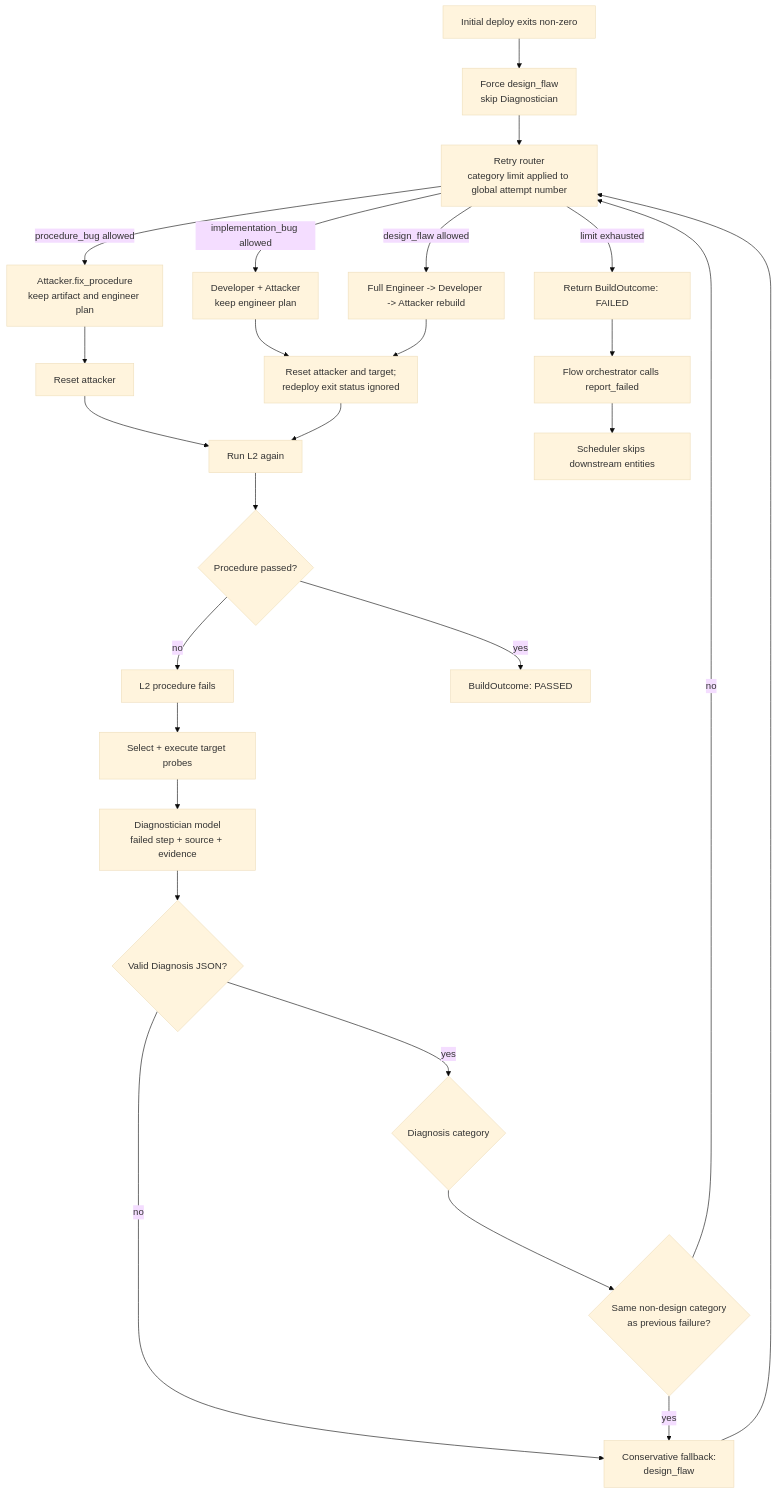
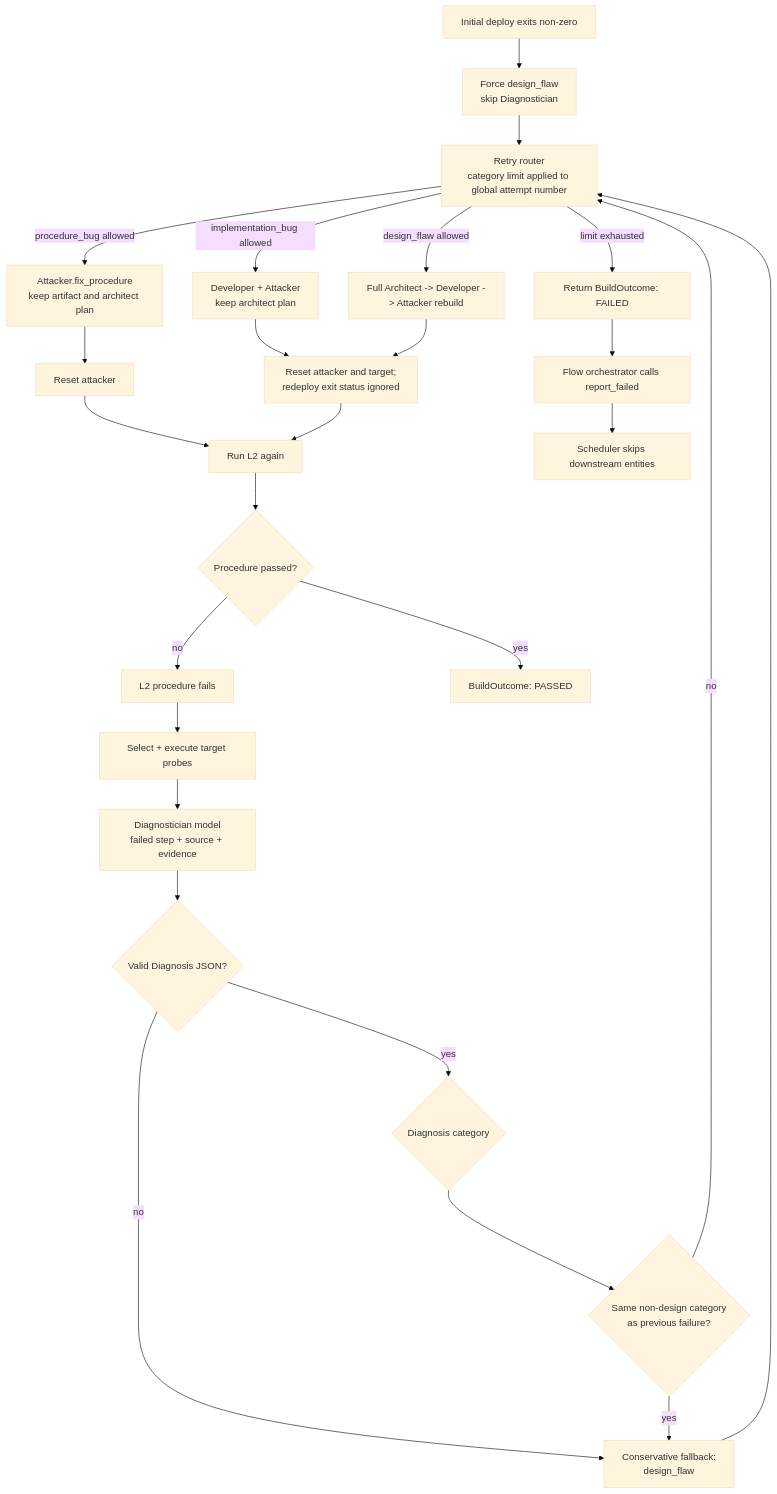
Before and after one commit to Akshay-Rohatgi/GameOfEverything: the eighth of 12 diagrams in docs/architecture/v2_code_architecture.md, drawn with Mermaid (base theme). The commit also changed other lines of this file and 34 other files, not shown here.

Commit message:
fix: encoding bug, engineer to architect rename, docker not running prompt

````diff
--- a/docs/architecture/v2_code_architecture.md
+++ b/docs/architecture/v2_code_architecture.md
@@ -398,28 +398,28 @@
 ```mermaid
 flowchart TD
     DeployFail["Initial deploy exits non-zero"] --> Forced["Force design_flaw\nskip Diagnostician"]
     L2Fail["L2 procedure fails"] --> Probe["Select + execute target probes"]
     Probe --> Diag["Diagnostician model\nfailed step + source + evidence"]
     Diag --> DiagValid{"Valid Diagnosis JSON?"}
     DiagValid -->|no| ForcedDesign["Conservative fallback:\ndesign_flaw"]
     DiagValid -->|yes| Kind{"Diagnosis category"}
     Kind --> Escalate{"Same non-design category\nas previous failure?"}
     Escalate -->|yes| ForcedDesign
     Escalate -->|no| Retry["Retry router\ncategory limit applied to global attempt number"]
     ForcedDesign --> Retry
     Forced --> Retry
-    Retry -->|procedure_bug allowed| FixProc["Attacker.fix_procedure\nkeep artifact and engineer plan"]
-    Retry -->|implementation_bug allowed| FixImpl["Developer + Attacker\nkeep engineer plan"]
-    Retry -->|design_flaw allowed| FixDesign["Full Engineer -> Developer -> Attacker rebuild"]
+    Retry -->|procedure_bug allowed| FixProc["Attacker.fix_procedure\nkeep artifact and architect plan"]
+    Retry -->|implementation_bug allowed| FixImpl["Developer + Attacker\nkeep architect plan"]
+    Retry -->|design_flaw allowed| FixDesign["Full Architect -> Developer -> Attacker rebuild"]
     Retry -->|limit exhausted| Failed["Return BuildOutcome: FAILED"]
     FixProc --> ResetA["Reset attacker"]
     FixImpl --> ResetAll["Reset attacker and target;\nredeploy exit status ignored"]
     FixDesign --> ResetAll
     ResetA --> L2Retry["Run L2 again"]
     ResetAll --> L2Retry
     L2Retry --> Passed{"Procedure passed?"}
     Passed -->|yes| Complete["BuildOutcome: PASSED"]
     Passed -->|no| L2Fail
     Failed --> Flow["Flow orchestrator calls report_failed"]
     Flow --> Skip["Scheduler skips downstream entities"]
 ```
````
